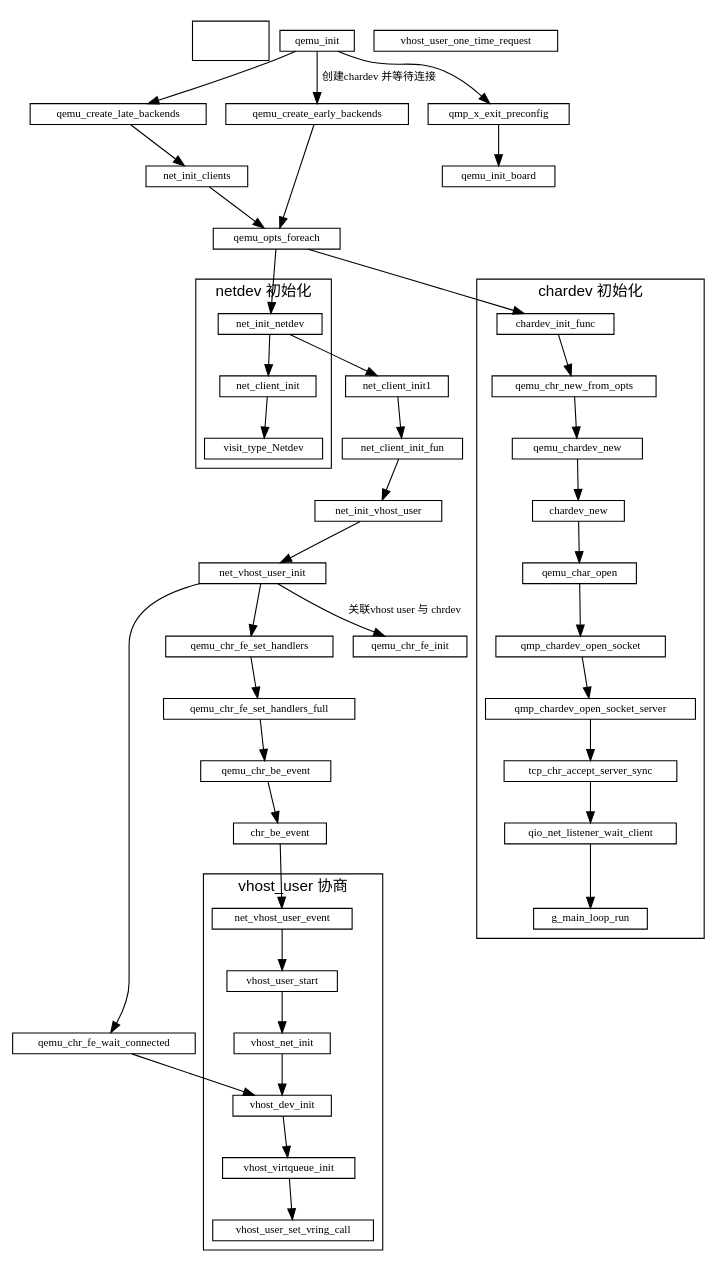
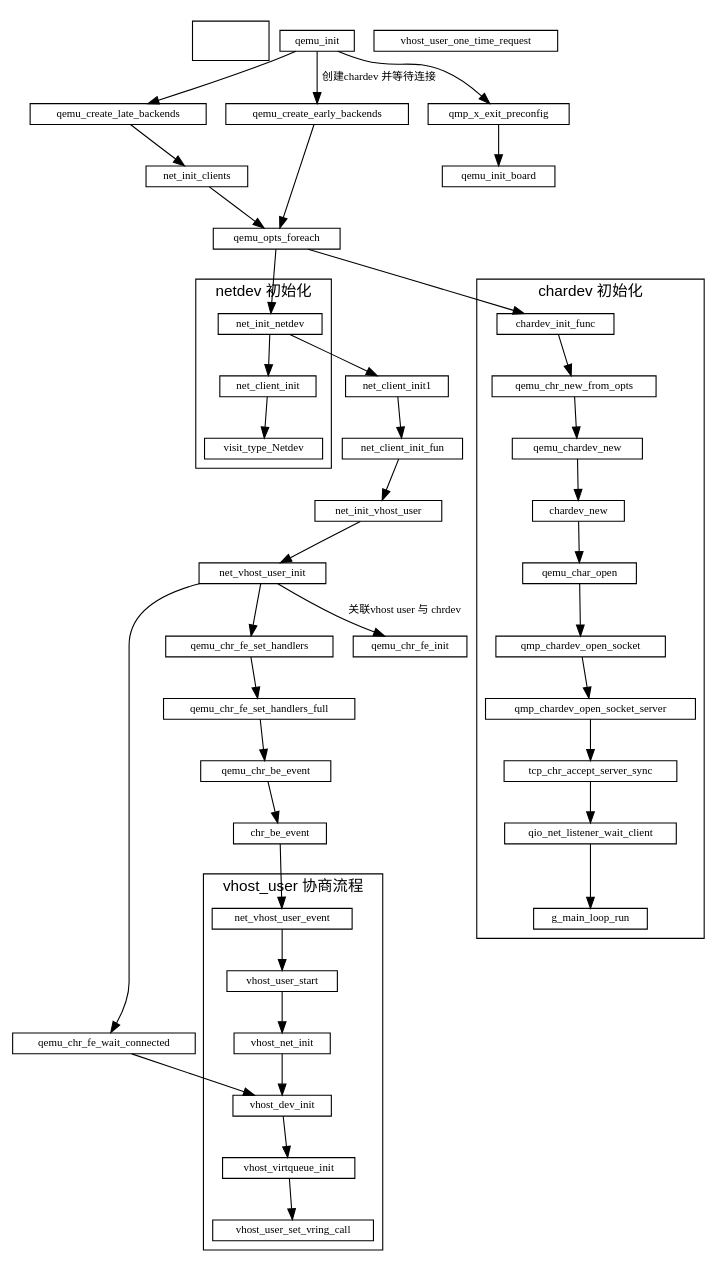
The diagram in qemu/qemu初始化.md (sisyphus1212/note), drawn with Graphviz before and after one commit.

Commit message:
auto_update

````diff
--- a/qemu/qemu初始化.md
+++ b/qemu/qemu初始化.md
@@ -11,78 +11,78 @@
 ```graphviz
 digraph {
     fontname="Helvetica,Arial,sans-serif"
     //node [fontname="Helvetica,Arial,sans-serif"]
     //edge [fontname="Helvetica,Arial,sans-serif"]
     //rankdir="LR"
     node [fontsize=10, shape=record, height=0.25]
     edge [fontsize=10]
 
     subgraph  {
         cluster=true
         fd  [style = invis]
     }
 
     qemu_init -> qemu_create_late_backends
               -> net_init_clients
               -> qemu_opts_foreach
               -> net_init_netdev
               -> net_client_init1
               -> net_client_init_fun
               -> net_init_vhost_user
               -> net_vhost_user_init
               -> qemu_chr_fe_wait_connected
               -> vhost_dev_init
     qemu_init -> qemu_create_early_backends[label="创建chardev 并等待连接"]
                  qemu_create_early_backends -> qemu_opts_foreach
                                             -> chardev_init_func
 
     subgraph netdev_init {
         label="netdev 初始化";
         cluster=true;
         net_init_netdev
         -> net_client_init
         -> visit_type_Netdev
     }
 
     subgraph chardev_init {
         label="chardev 初始化";
         cluster=true;
         chardev_init_func
             -> qemu_chr_new_from_opts
             -> qemu_chardev_new
             -> chardev_new
             -> qemu_char_open
             -> qmp_chardev_open_socket
             -> qmp_chardev_open_socket_server
             -> tcp_chr_accept_server_sync
             -> qio_net_listener_wait_client
             -> g_main_loop_run
     }
 
     subgraph vhost_user_init {
-        label="vhost_user 协商";
+        label="vhost_user 协商流程";
         cluster=true;
         net_vhost_user_event -> vhost_user_start
                              -> vhost_net_init
                              -> vhost_dev_init
                              -> vhost_virtqueue_init
                              -> vhost_user_set_vring_call
     }
     net_vhost_user_init -> qemu_chr_fe_set_handlers
                         -> qemu_chr_fe_set_handlers_full
                         -> qemu_chr_be_event
                         -> chr_be_event
                         -> net_vhost_user_event
 
 
     net_vhost_user_init -> qemu_chr_fe_init[label="关联vhost user 与 chrdev"]
 
     qemu_init -> qmp_x_exit_preconfig -> qemu_init_board // 初始化cpu 内存
 
     vhost_dev_init
 
     net_vhost_user_event
 
     vhost_user_one_time_request
 }
 ```
````
